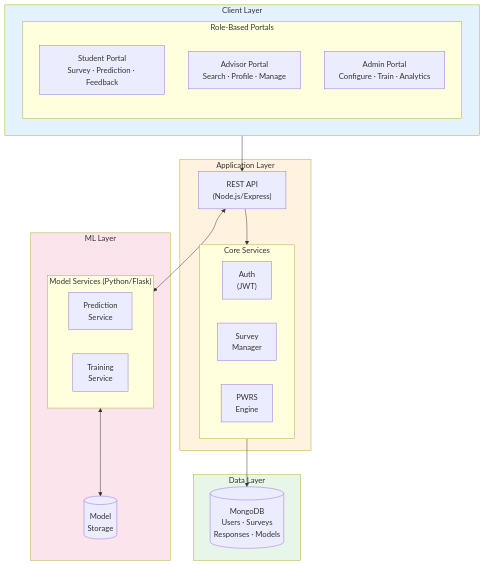
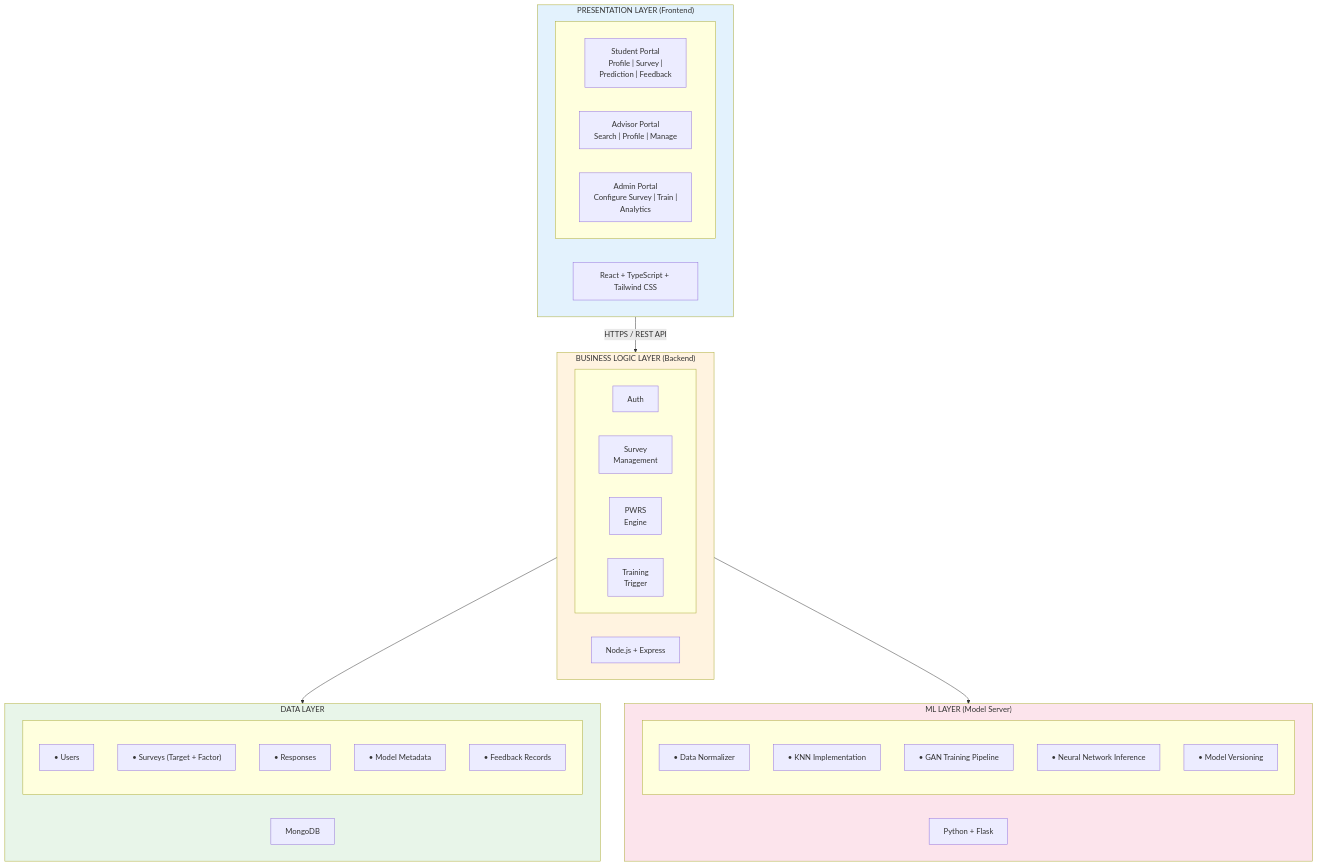
One commit to mandloideep/acosus-presentation changed the second of 2 diagrams in research-paper/current/ACOSUS-Paper-Sections-3-4.md. Above: the diagram before and after it, drawn with Mermaid. The commit also changed other lines of this file and 1 other file, not shown here.

Commit message:
Enhance ACOSUS Paper Sections 3 and 4 with detailed system design, methodology, and implementation updates; add architecture diagram for clarity.

````diff
--- a/research-paper/current/ACOSUS-Paper-Sections-3-4.md
+++ b/research-paper/current/ACOSUS-Paper-Sections-3-4.md
@@ -89,42 +91,57 @@
 ```mermaid
 flowchart TB
-    subgraph Client["Client Layer"]
-        subgraph Portals["Role-Based Portals"]
-            Student["Student Portal<br/>Survey · Prediction · Feedback"]
-            Advisor["Advisor Portal<br/>Search · Profile · Manage"]
-            Admin["Admin Portal<br/>Configure · Train · Analytics"]
+    subgraph Presentation["PRESENTATION LAYER (Frontend)"]
+        direction LR
+        Tech1["React + TypeScript + Tailwind CSS"]
+        subgraph Portals[" "]
+            direction LR
+            Student["Student Portal<br/>Profile | Survey |<br/>Prediction | Feedback"]
+            Advisor["Advisor Portal<br/>Search | Profile | Manage"]
+            Admin["Admin Portal<br/>Configure Survey | Train |<br/>Analytics"]
         end
     end
 
-    subgraph App["Application Layer"]
-        API["REST API<br/>(Node.js/Express)"]
-        subgraph Services["Core Services"]
-            Auth["Auth<br/>(JWT)"]
-            Survey["Survey<br/>Manager"]
+    subgraph Business["BUSINESS LOGIC LAYER (Backend)"]
+        Tech2["Node.js + Express"]
+        subgraph Services[" "]
+            direction LR
+            Auth["Auth"]
+            SurveyMgmt["Survey<br/>Management"]
             PWRSEngine["PWRS<br/>Engine"]
+            TrainTrigger["Training<br/>Trigger"]
         end
     end
 
-    subgraph Data["Data Layer"]
-        DB[("MongoDB<br/>Users · Surveys<br/>Responses · Models")]
+    subgraph DataLayer["DATA LAYER"]
+        MongoDB["MongoDB"]
+        subgraph DataItems[" "]
+            direction TB
+            D1["• Users"]
+            D2["• Surveys (Target + Factor)"]
+            D3["• Responses"]
+            D4["• Model Metadata"]
+            D5["• Feedback Records"]
+        end
     end
 
-    subgraph ML["ML Layer"]
-        subgraph MLServices["Model Services (Python/Flask)"]
-            Predict["Prediction<br/>Service"]
-            Train["Training<br/>Service"]
+    subgraph MLLayer["ML LAYER (Model Server)"]
+        Tech3["Python + Flask"]
+        subgraph MLServices[" "]
+            direction TB
+            M1["• Data Normalizer"]
+            M2["• KNN Implementation"]
+            M3["• GAN Training Pipeline"]
+            M4["• Neural Network Inference"]
+            M5["• Model Versioning"]
         end
-        Models[("Model<br/>Storage")]
     end
 
-    Client --> API
-    API --> Services
-    Services --> DB
-    API <--> MLServices
-    MLServices <--> Models
+    Presentation -->|"HTTPS / REST API"| Business
+    Business --> DataLayer
+    Business --> MLLayer
 
-    style Client fill:#e3f2fd
-    style App fill:#fff3e0
-    style Data fill:#e8f5e9
-    style ML fill:#fce4ec
+    style Presentation fill:#e3f2fd
+    style Business fill:#fff3e0
+    style DataLayer fill:#e8f5e9
+    style MLLayer fill:#fce4ec
 ```
````
